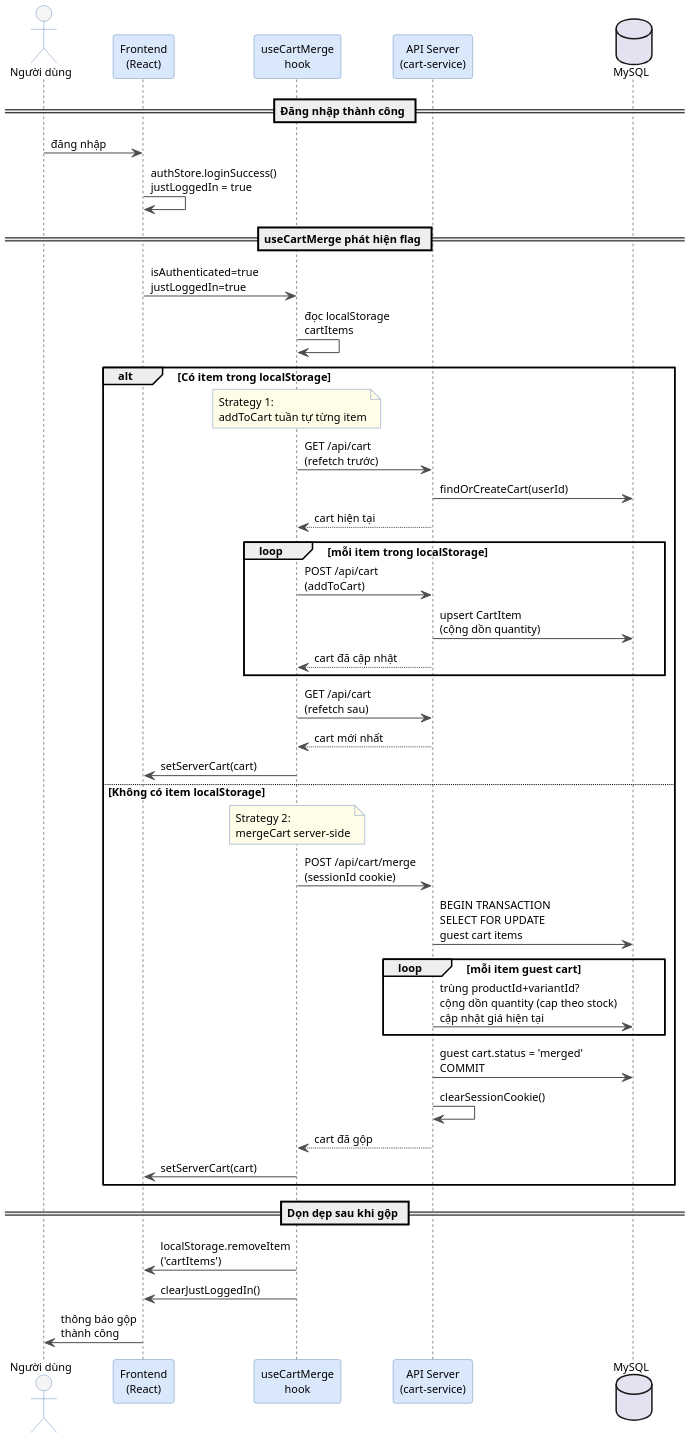
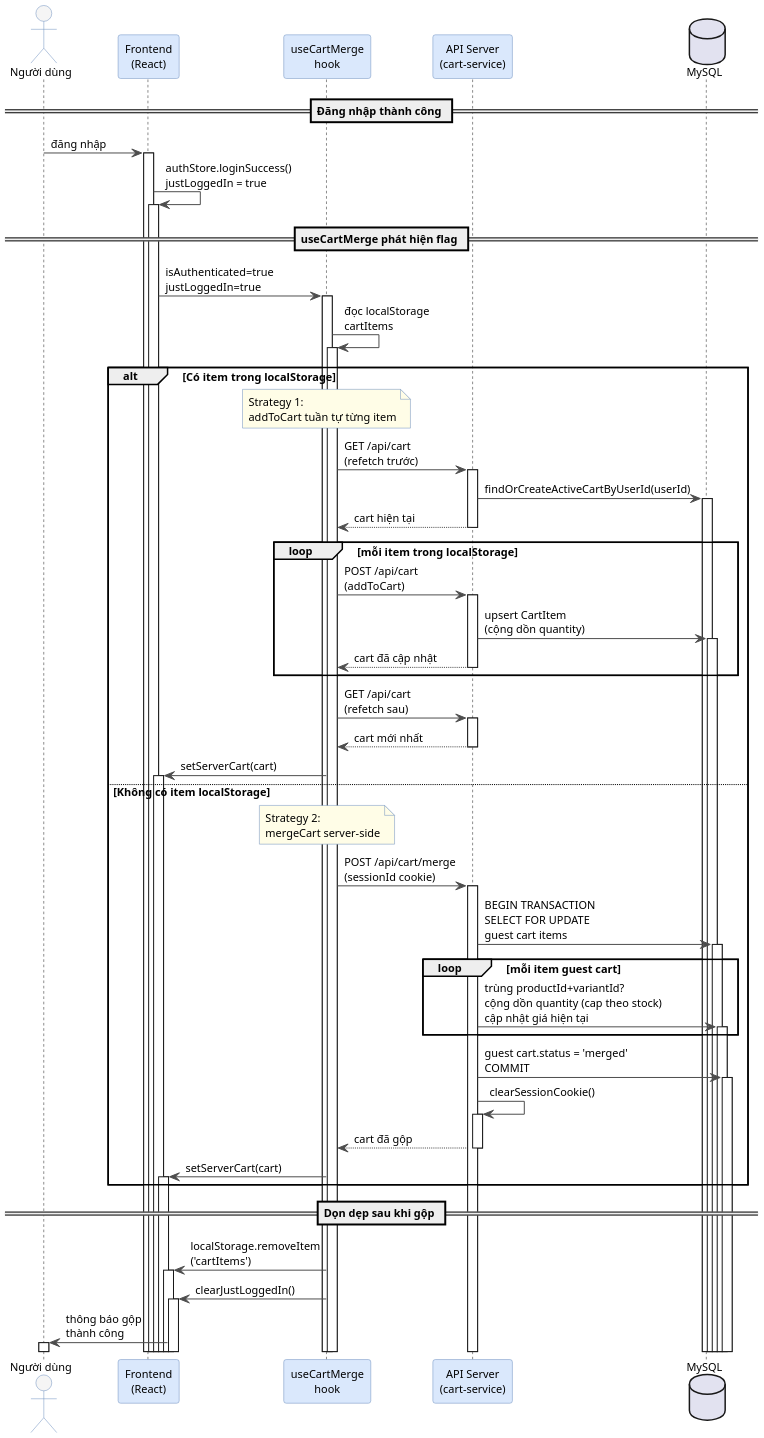
One commit to MinhThang1009/E-commerce-website changed the diagram in diagrams/sequence/sequence-09-cart-merge.puml. Above: the diagram before and after it, drawn with PlantUML. The commit also changed 32 other files, not shown here.

```diff
--- a/diagrams/sequence/sequence-09-cart-merge.puml
+++ b/diagrams/sequence/sequence-09-cart-merge.puml
@@ -1,70 +1,71 @@
 @startuml seq_cart_merge
+autoactivate on
 skinparam dpi 180
 skinparam backgroundColor #FFFFFF
 skinparam shadowing false
 skinparam defaultFontSize 11
 skinparam defaultFontName Arial
 
 skinparam sequenceParticipant {
   BorderColor #6C8EBF
   BackgroundColor #DAE8FC
   FontColor #000000
 }
 skinparam sequenceActor {
   BackgroundColor #f5f5f5
   BorderColor #6C8EBF
 }
 skinparam sequenceArrowColor #4D4D4D
 skinparam noteBorderColor #6C8EBF
 skinparam noteBackgroundColor #fffde7
 
 actor "Người dùng" as User
 participant "Frontend\n(React)" as FE
 participant "useCartMerge\nhook" as Hook
 participant "API Server\n(cart-service)" as API
 database "MySQL" as DB
 
 == Đăng nhập thành công ==
 
 User -> FE : đăng nhập
 FE -> FE : authStore.loginSuccess()\njustLoggedIn = true
 
 == useCartMerge phát hiện flag ==
 
 FE -> Hook : isAuthenticated=true\njustLoggedIn=true
 Hook -> Hook : đọc localStorage\ncartItems
 
 alt Có item trong localStorage
   note over Hook : Strategy 1:\naddToCart tuần tự từng item
   Hook -> API : GET /api/cart\n(refetch trước)
-  API -> DB : findOrCreateCart(userId)
+  API -> DB : findOrCreateActiveCartByUserId(userId)
   API --> Hook : cart hiện tại
   loop mỗi item trong localStorage
     Hook -> API : POST /api/cart\n(addToCart)
     API -> DB : upsert CartItem\n(cộng dồn quantity)
     API --> Hook : cart đã cập nhật
   end
   Hook -> API : GET /api/cart\n(refetch sau)
   API --> Hook : cart mới nhất
   Hook -> FE : setServerCart(cart)
 
 else Không có item localStorage
   note over Hook : Strategy 2:\nmergeCart server-side
   Hook -> API : POST /api/cart/merge\n(sessionId cookie)
   API -> DB : BEGIN TRANSACTION\nSELECT FOR UPDATE\nguest cart items
   loop mỗi item guest cart
     API -> DB : trùng productId+variantId?\ncộng dồn quantity (cap theo stock)\ncập nhật giá hiện tại
   end
   API -> DB : guest cart.status = 'merged'\nCOMMIT
   API -> API : clearSessionCookie()
   API --> Hook : cart đã gộp
   Hook -> FE : setServerCart(cart)
 end
 
 == Dọn dẹp sau khi gộp ==
 
 Hook -> FE : localStorage.removeItem\n('cartItems')
 Hook -> FE : clearJustLoggedIn()
 FE -> User : thông báo gộp\nthành công
 
 @enduml
```
